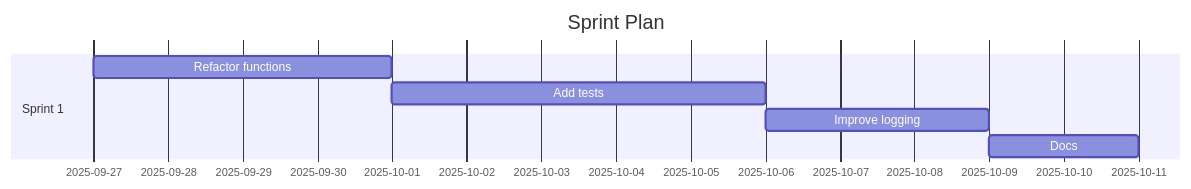
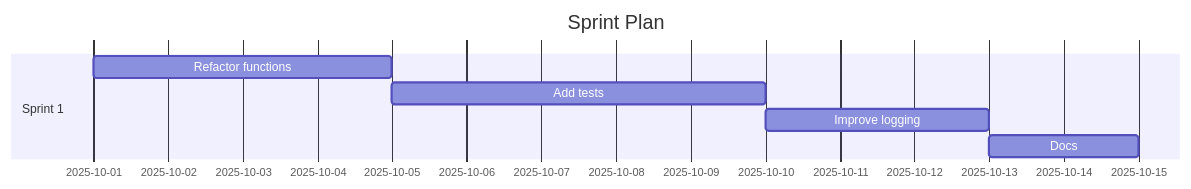
One commit to Anselmoo/mcp-ai-agent-guidelines changed the diagram in demos/demo-code-analysis.sprint.md. Above: the diagram before and after it, drawn with Mermaid. The commit also changed other lines of this file and 12 other files, not shown here.

First line of the commit message:
feat: Harden input schema validation in hierarchical prompt builder with strict types and comprehensive tests (#83)

````diff
--- a/demos/demo-code-analysis.sprint.md
+++ b/demos/demo-code-analysis.sprint.md
@@ -69,11 +58,11 @@
 ```mermaid
 gantt
 	dateFormat  YYYY-MM-DD
 	title Sprint Plan
 %% Accessibility: Title=Project Sprint Plan; Description=Gantt chart of sprints and tasks over time. %%
   section Sprint 1
-  Refactor functions :s1t0, 2025-09-27, 4d
-  Add tests :s1t1, 2025-10-01, 5d
-  Improve logging :s1t2, 2025-10-06, 3d
-  Docs :s1t3, 2025-10-09, 2d
+  Refactor functions :s1t0, 2025-10-01, 4d
+  Add tests :s1t1, 2025-10-05, 5d
+  Improve logging :s1t2, 2025-10-10, 3d
+  Docs :s1t3, 2025-10-13, 2d
 ```
````
